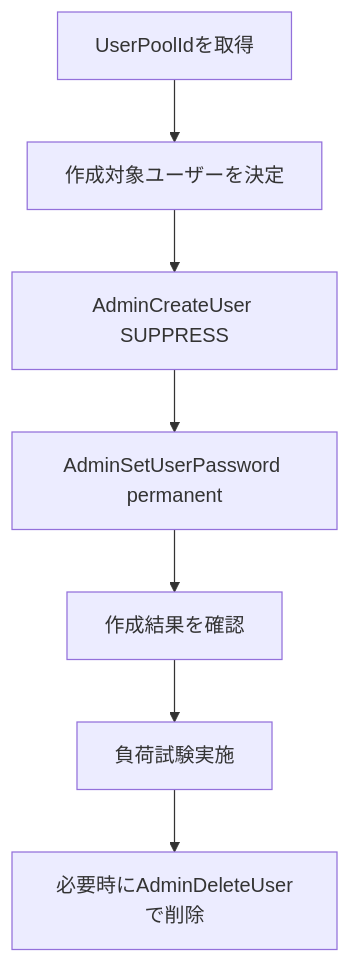
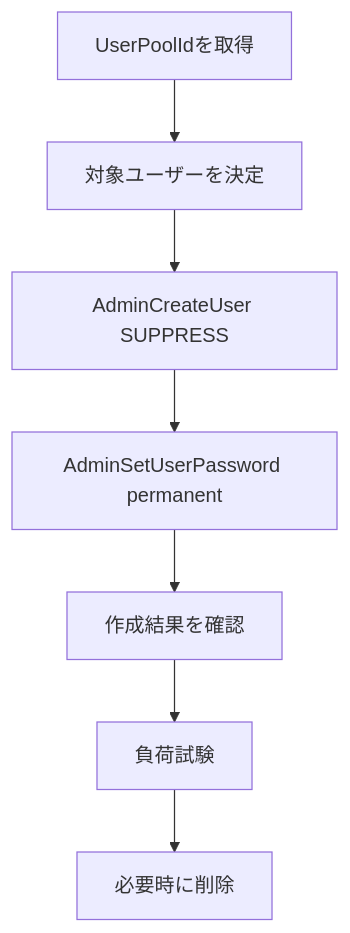
One commit to rafty/Todo-ECS-Sample changed the diagram in docs/infra/cognito-load-test-user-operations.md. Above: the diagram before and after it, drawn with Mermaid. The commit also changed other lines of this file and 14 other files, not shown here.

````diff
--- a/docs/infra/cognito-load-test-user-operations.md
+++ b/docs/infra/cognito-load-test-user-operations.md
@@ -25,9 +28,9 @@
 ```mermaid
 flowchart TD
-  A[UserPoolIdを取得] --> B[作成対象ユーザーを決定]
+  A[UserPoolIdを取得] --> B[対象ユーザーを決定]
   B --> C[AdminCreateUser SUPPRESS]
   C --> D[AdminSetUserPassword permanent]
   D --> E[作成結果を確認]
-  E --> F[負荷試験実施]
-  F --> G[必要時にAdminDeleteUserで削除]
+  E --> F[負荷試験]
+  F --> G[必要時に削除]
 ```
````
